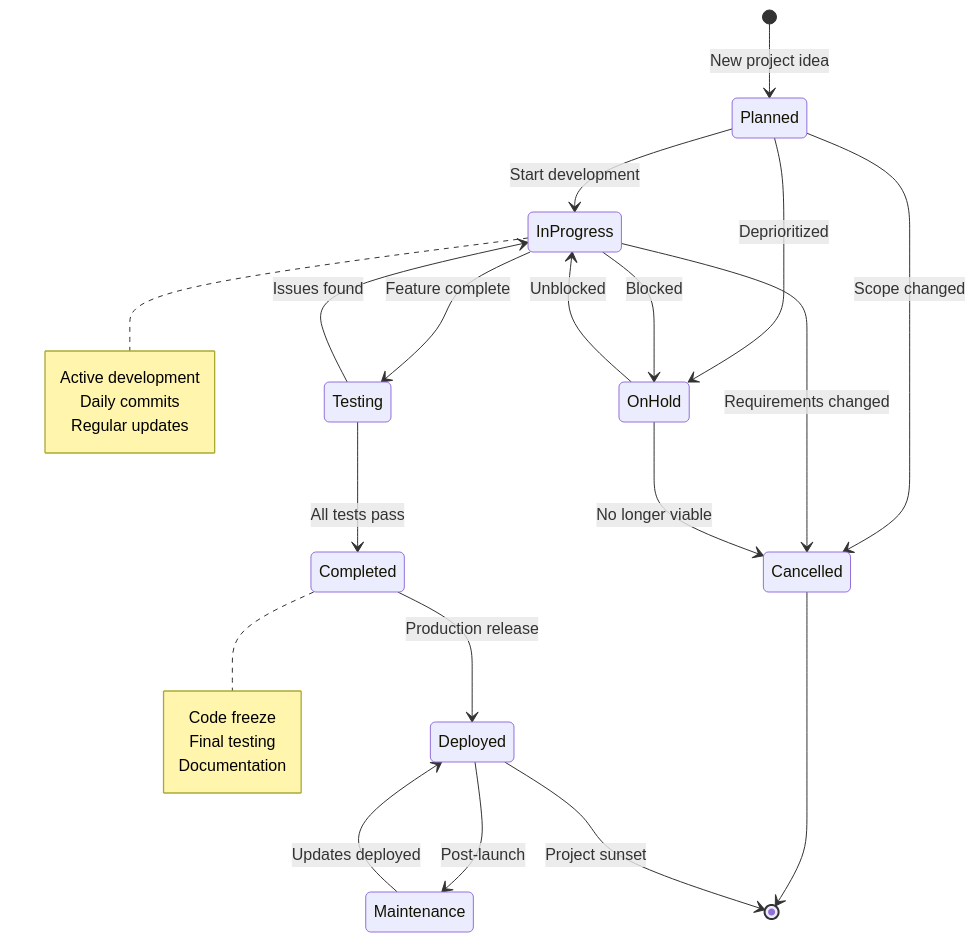
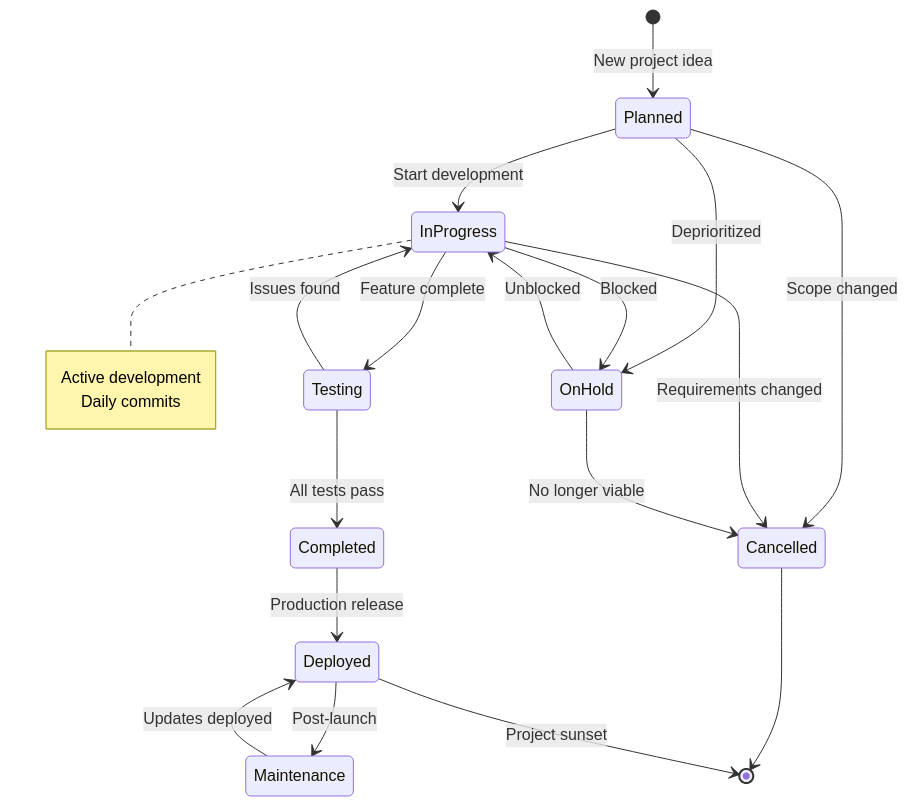
Before and after one commit to nilushan/profile-astro: the fifth of 10 diagrams in src/content/blog/mermaid-diagrams-software-development.mdx, drawn with Mermaid. The commit also changed other lines of this file and 1 other file, not shown here.

````diff
--- a/src/content/blog/mermaid-diagrams-software-development.mdx
+++ b/src/content/blog/mermaid-diagrams-software-development.mdx
@@ -275,38 +238,30 @@
 ```mermaid
 stateDiagram-v2
     [*] --> Planned: New project idea
 
     Planned --> InProgress: Start development
     Planned --> OnHold: Deprioritized
     Planned --> Cancelled: Scope changed
 
     InProgress --> Testing: Feature complete
     InProgress --> OnHold: Blocked
     InProgress --> Cancelled: Requirements changed
 
     OnHold --> InProgress: Unblocked
     OnHold --> Cancelled: No longer viable
 
     Testing --> InProgress: Issues found
     Testing --> Completed: All tests pass
 
     Completed --> Deployed: Production release
-
     Deployed --> Maintenance: Post-launch
     Maintenance --> Deployed: Updates deployed
 
     Cancelled --> [*]
     Deployed --> [*]: Project sunset
 
     note right of InProgress
         Active development
         Daily commits
-        Regular updates
-    end note
-
-    note right of Completed
-        Code freeze
-        Final testing
-        Documentation
     end note
 ```
````
